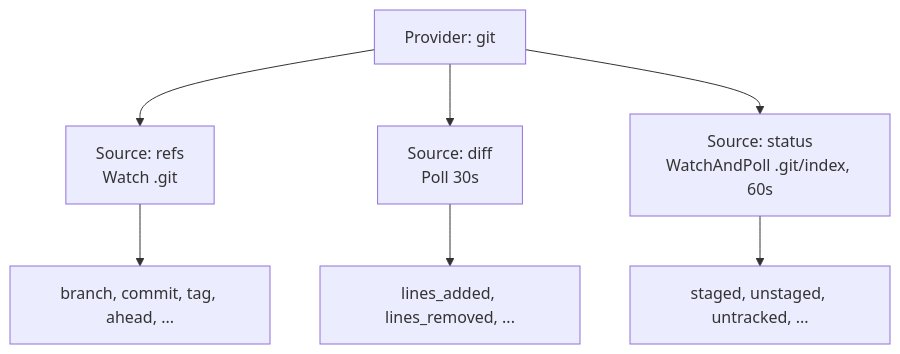
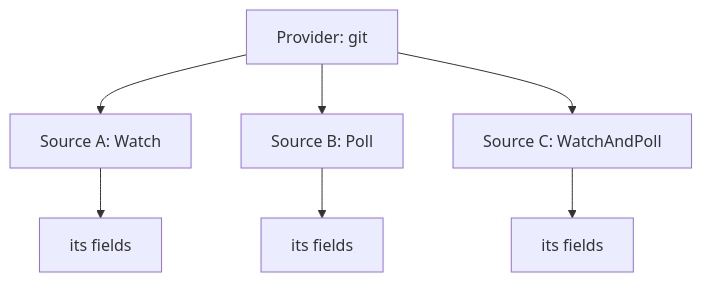
Before and after one commit to NavistAu/beachcomber: the first of 3 diagrams in docs/canon/provider_source.md, drawn with Mermaid. The commit also changed other lines of this file and 2 other files, not shown here.

First line of the commit message:
docs(canon): key, namespace, path, record — one word each; slot retired; generic provider example

````diff
--- a/docs/canon/provider_source.md
+++ b/docs/canon/provider_source.md
@@ -25,9 +25,9 @@
 ```mermaid
 graph TD
-    P[Provider: git] --> S1[Source: refs<br/>Watch .git]
-    P --> S2[Source: diff<br/>Poll 30s]
-    P --> S3[Source: status<br/>WatchAndPoll .git/index, 60s]
-    S1 --> F1[branch, commit, tag, ahead, ...]
-    S2 --> F2[lines_added, lines_removed, ...]
-    S3 --> F3[staged, unstaged, untracked, ...]
+    P[Provider: git] --> S1[Source A: Watch]
+    P --> S2[Source B: Poll]
+    P --> S3[Source C: WatchAndPoll]
+    S1 --> F1[its fields]
+    S2 --> F2[its fields]
+    S3 --> F3[its fields]
 ```
````
